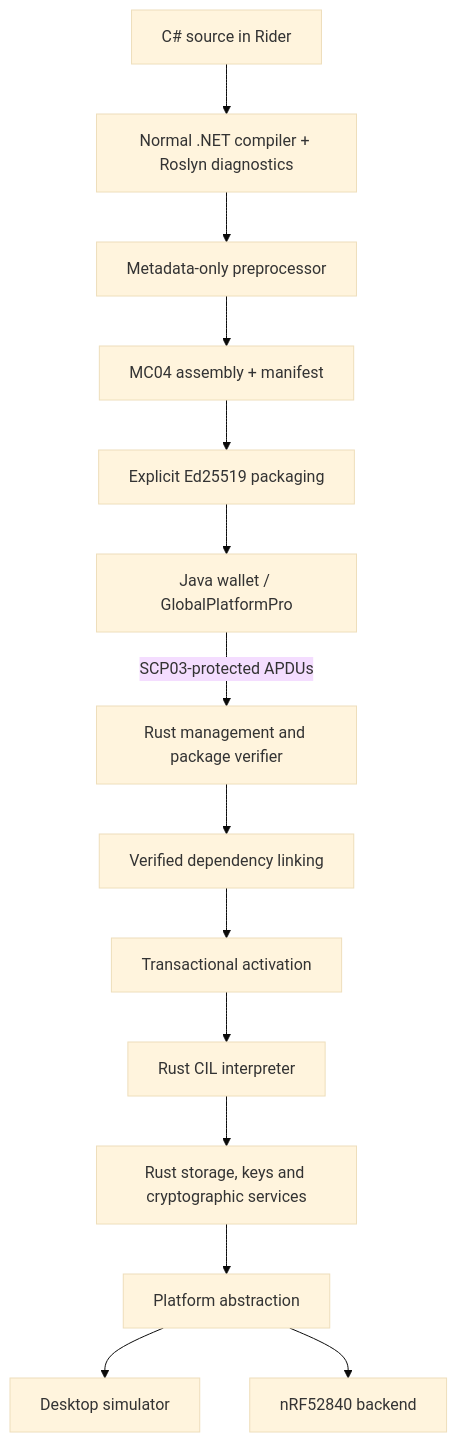
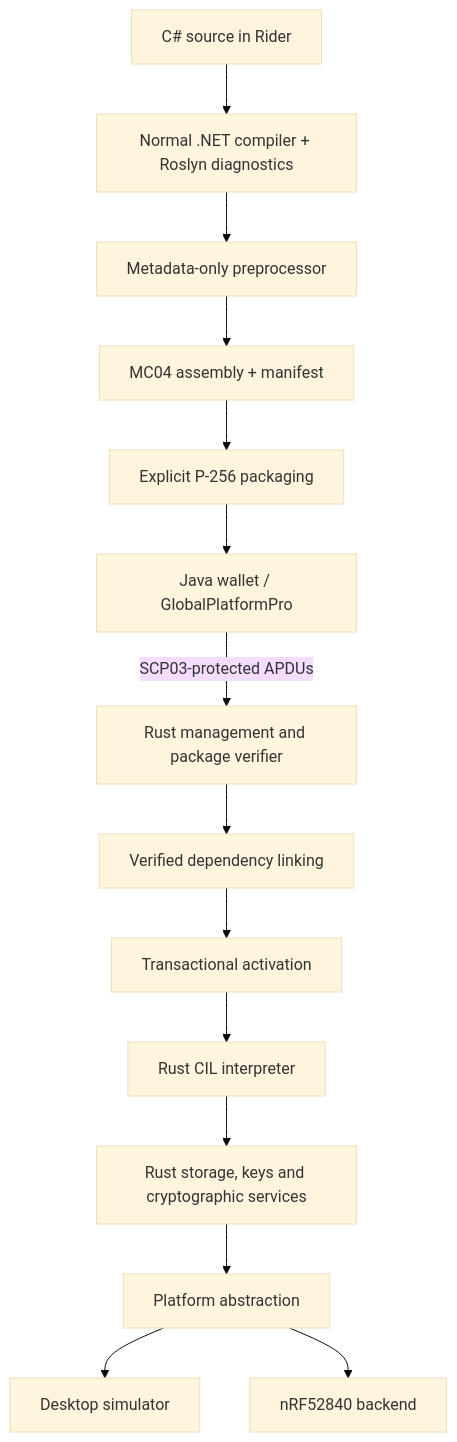
Before and after one commit to mistial-dev/MicroCard: the first of 3 diagrams in docs/ARCHITECTURE.md, drawn with Mermaid (base theme). The commit also changed 83 other files, not shown here.

````diff
--- a/docs/ARCHITECTURE.md
+++ b/docs/ARCHITECTURE.md
@@ -22,16 +22,16 @@
 ```mermaid
 flowchart TB
     CSharp[C# source in Rider] --> Compiler[Normal .NET compiler + Roslyn diagnostics]
     Compiler --> Reducer[Metadata-only preprocessor]
     Reducer --> Image[MC04 assembly + manifest]
-    Image --> Signer[Explicit Ed25519 packaging]
+    Image --> Signer[Explicit P-256 packaging]
     Signer --> Client[Java wallet / GlobalPlatformPro]
     Client -->|SCP03-protected APDUs| Management[Rust management and package verifier]
     Management --> Linker[Verified dependency linking]
     Linker --> Activation[Transactional activation]
     Activation --> VM[Rust CIL interpreter]
     VM --> Services[Rust storage, keys and cryptographic services]
     Services --> HAL[Platform abstraction]
     HAL --> Simulator[Desktop simulator]
     HAL --> Nordic[nRF52840 backend]
 ```
````
